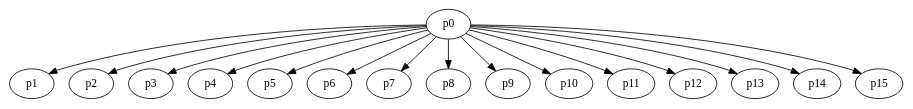
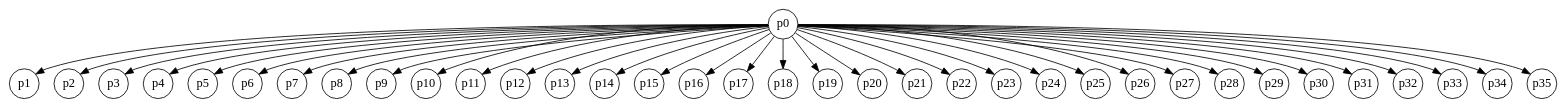
The diagram in sample.dot (LAWEL/Eades), drawn with Graphviz before and after one commit. The commit also changed 22 other files, not shown here.

```diff
--- a/sample.dot
+++ b/sample.dot
@@ -1,17 +1,38 @@
 digraph sample {
+  node [width="0.5", height="0.5",fixedsize="true", fontsize="15"];
   p0 -> p1
   p0 -> p2
   p0 -> p3
   p0 -> p4
   p0 -> p5
   p0 -> p6
   p0 -> p7
   p0 -> p8
   p0 -> p9
   p0 -> p10
   p0 -> p11
   p0 -> p12
   p0 -> p13
   p0 -> p14
   p0 -> p15
+  p0 -> p16
+  p0 -> p17
+  p0 -> p18
+  p0 -> p19
+  p0 -> p20
+  p0 -> p21
+  p0 -> p22
+  p0 -> p23
+  p0 -> p24
+  p0 -> p25
+  p0 -> p26
+  p0 -> p27
+  p0 -> p28
+  p0 -> p29
+  p0 -> p30
+  p0 -> p31
+  p0 -> p32
+  p0 -> p33
+  p0 -> p34
+  p0 -> p35
 }
```
